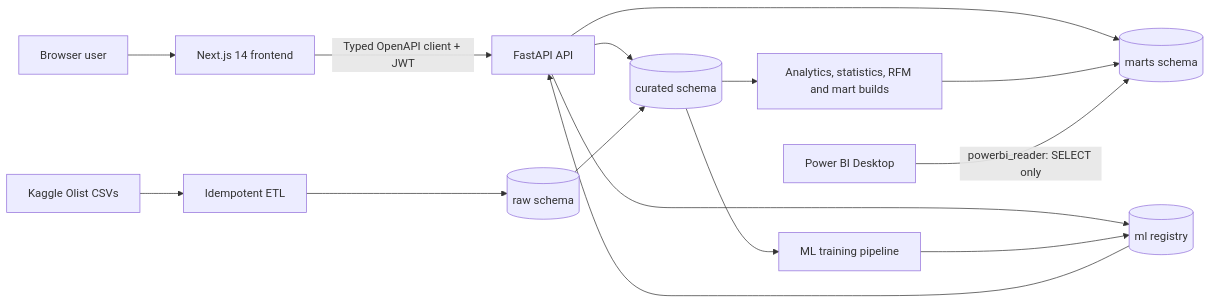
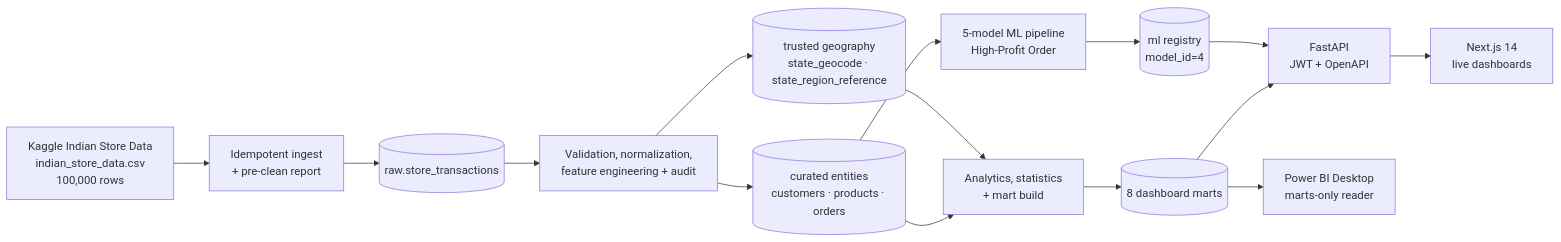
One commit to ParthrChandurkar/Retail-IQ changed the first of 2 diagrams in docs/architecture.md. Above: the diagram before and after it, drawn with Mermaid. The commit also changed other lines of this file and 10 other files, not shown here.

Commit message:
docs(m9): migrate final BI and architecture guides

````diff
--- a/docs/architecture.md
+++ b/docs/architecture.md
@@ -5,17 +10,17 @@
 ```mermaid
 flowchart LR
-    U[Browser user] --> F[Next.js 14 frontend]
-    F -->|Typed OpenAPI client + JWT| A[FastAPI API]
-    A --> C[(curated schema)]
-    A --> M[(marts schema)]
-    A --> ML[(ml registry)]
-    K[Kaggle Olist CSVs] --> E[Idempotent ETL]
-    E --> R[(raw schema)]
-    R --> C
-    C --> X[Analytics, statistics, RFM and mart builds]
-    X --> M
-    C --> T[ML training pipeline]
-    T --> ML
-    ML --> A
-    P[Power BI Desktop] -->|powerbi_reader: SELECT only| M
+    K["Kaggle Indian Store Data<br/>indian_store_data.csv<br/>100,000 rows"] --> I["Idempotent ingest<br/>+ pre-clean report"]
+    I --> R[("raw.store_transactions")]
+    R --> C["Validation, normalization,<br/>feature engineering + audit"]
+    C --> E[("curated entities<br/>customers · products · orders")]
+    C --> G[("trusted geography<br/>state_geocode · state_region_reference")]
+    E --> B["Analytics, statistics<br/>+ mart build"]
+    G --> B
+    B --> M[("8 dashboard marts")]
+    E --> T["5-model ML pipeline<br/>High-Profit Order"]
+    T --> L[("ml registry<br/>model_id=4")]
+    M --> A["FastAPI<br/>JWT + OpenAPI"]
+    L --> A
+    A --> F["Next.js 14<br/>live dashboards"]
+    M --> P["Power BI Desktop<br/>marts-only reader"]
 ```
````
